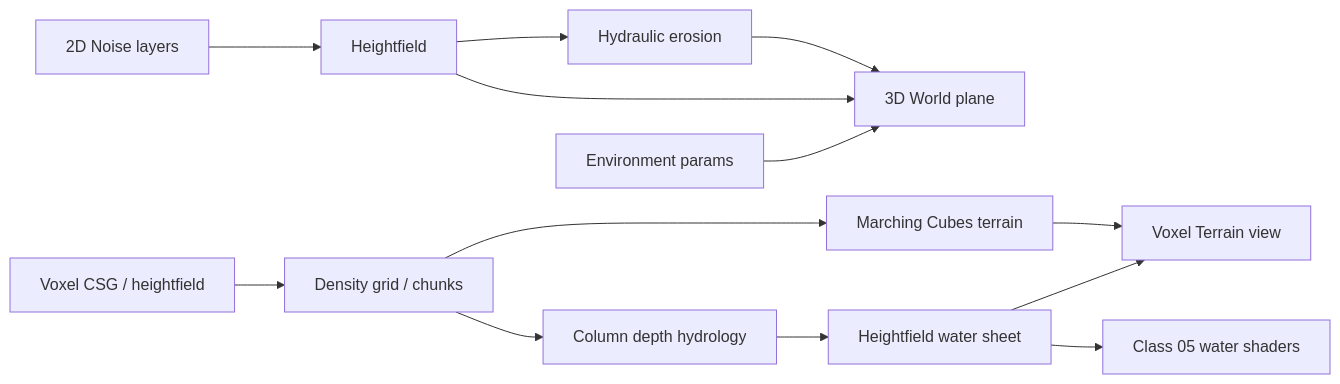
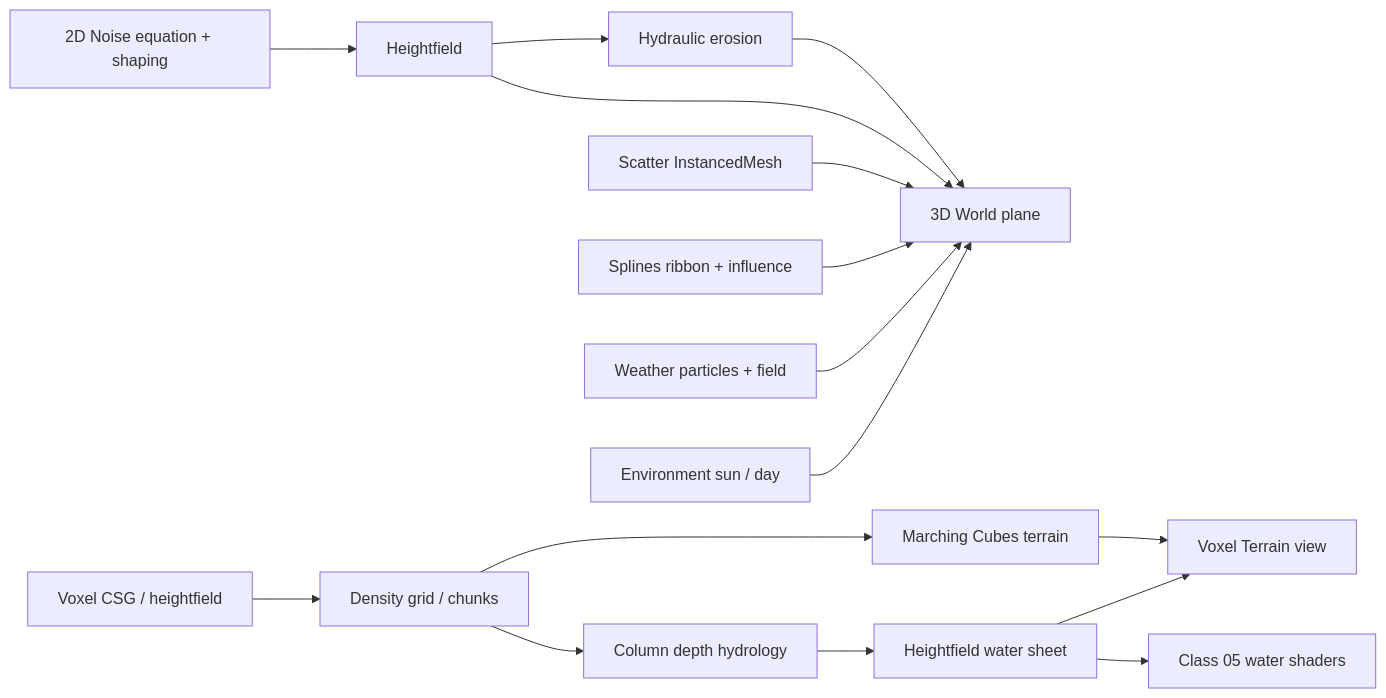
Before and after one commit to ruizhuoyang/ProceduralWorldBuilding: the diagram in Project/README.md, drawn with Mermaid. The commit also changed other lines of this file and 97 other files, not shown here.

````diff
--- a/Project/README.md
+++ b/Project/README.md
@@ -24,15 +27,18 @@
 ```mermaid
 flowchart LR
-  Noise[2D Noise layers] --> Height[Heightfield]
+  Noise[2D Noise equation + shaping] --> Height[Heightfield]
   Height --> Erosion[Hydraulic erosion]
   Erosion --> Three[3D World plane]
   Height --> Three
-  Env[Environment params] --> Three
+  Scatter[Scatter InstancedMesh] --> Three
+  Spline[Splines ribbon + influence] --> Three
+  Particles[Weather particles + field] --> Three
+  Env[Environment sun / day] --> Three
   Ops[Voxel CSG / heightfield] --> Grid[Density grid / chunks]
   Grid --> MC[Marching Cubes terrain]
   Grid --> Hydro[Column depth hydrology]
   Hydro --> Sheet[Heightfield water sheet]
   Sheet --> GLSL[Class 05 water shaders]
   MC --> Voxel[Voxel Terrain view]
   Sheet --> Voxel
 ```
````
